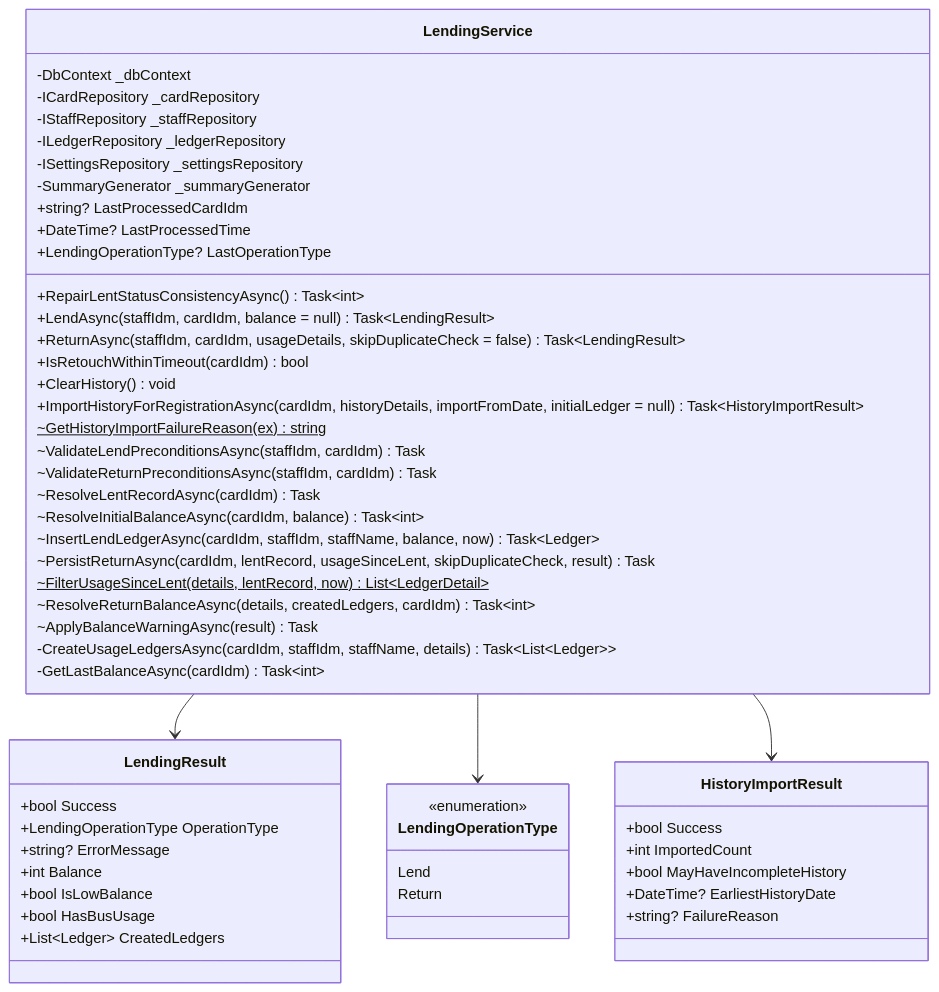
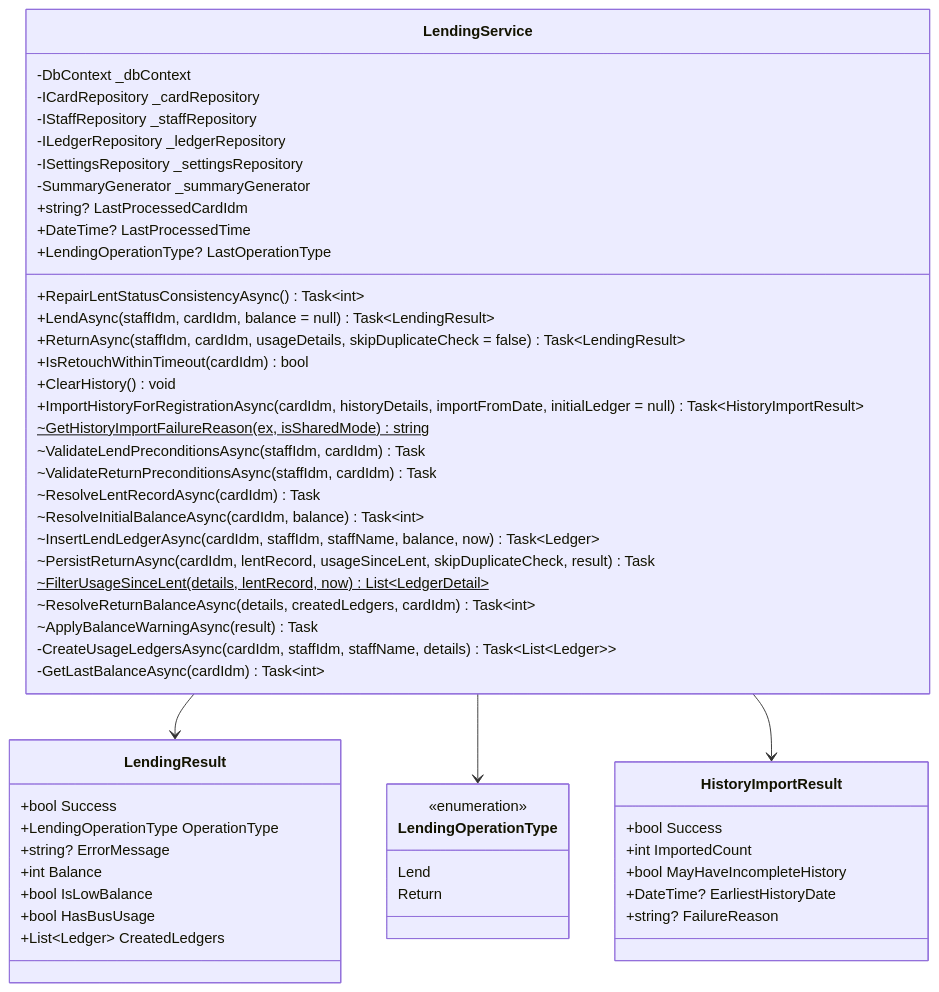
Before and after one commit to kuwayamamasayuki/ICCardManager: the fifth of 48 diagrams in ICCardManager/docs/design/05_クラス設計書.md, drawn with Mermaid. The commit also changed other lines of this file and 6 other files, not shown here.

````diff
--- a/ICCardManager/docs/design/05_クラス設計書.md
+++ b/ICCardManager/docs/design/05_クラス設計書.md
@@ -483,60 +483,60 @@
 ```mermaid
 classDiagram
     class LendingService {
         -DbContext _dbContext
         -ICardRepository _cardRepository
         -IStaffRepository _staffRepository
         -ILedgerRepository _ledgerRepository
         -ISettingsRepository _settingsRepository
         -SummaryGenerator _summaryGenerator
         +string? LastProcessedCardIdm
         +DateTime? LastProcessedTime
         +LendingOperationType? LastOperationType
         +RepairLentStatusConsistencyAsync() Task~int~
         +LendAsync(staffIdm, cardIdm, balance = null) Task~LendingResult~
         +ReturnAsync(staffIdm, cardIdm, usageDetails, skipDuplicateCheck = false) Task~LendingResult~
         +IsRetouchWithinTimeout(cardIdm) bool
         +ClearHistory() void
         +ImportHistoryForRegistrationAsync(cardIdm, historyDetails, importFromDate, initialLedger = null) Task~HistoryImportResult~
-        ~GetHistoryImportFailureReason(ex)$ string
+        ~GetHistoryImportFailureReason(ex, isSharedMode)$ string
         ~ValidateLendPreconditionsAsync(staffIdm, cardIdm) Task
         ~ValidateReturnPreconditionsAsync(staffIdm, cardIdm) Task
         ~ResolveLentRecordAsync(cardIdm) Task
         ~ResolveInitialBalanceAsync(cardIdm, balance) Task~int~
         ~InsertLendLedgerAsync(cardIdm, staffIdm, staffName, balance, now) Task~Ledger~
         ~PersistReturnAsync(cardIdm, lentRecord, usageSinceLent, skipDuplicateCheck, result) Task
         ~FilterUsageSinceLent(details, lentRecord, now)$ List~LedgerDetail~
         ~ResolveReturnBalanceAsync(details, createdLedgers, cardIdm) Task~int~
         ~ApplyBalanceWarningAsync(result) Task
         -CreateUsageLedgersAsync(cardIdm, staffIdm, staffName, details) Task~List~Ledger~~
         -GetLastBalanceAsync(cardIdm) Task~int~
     }
 
     class LendingResult {
         +bool Success
         +LendingOperationType OperationType
         +string? ErrorMessage
         +int Balance
         +bool IsLowBalance
         +bool HasBusUsage
         +List~Ledger~ CreatedLedgers
     }
 
     class LendingOperationType {
         <<enumeration>>
         Lend
         Return
     }
 
     class HistoryImportResult {
         +bool Success
         +int ImportedCount
         +bool MayHaveIncompleteHistory
         +DateTime? EarliestHistoryDate
         +string? FailureReason
     }
 
     LendingService --> LendingResult
     LendingService --> LendingOperationType
     LendingService --> HistoryImportResult
 ```
````
